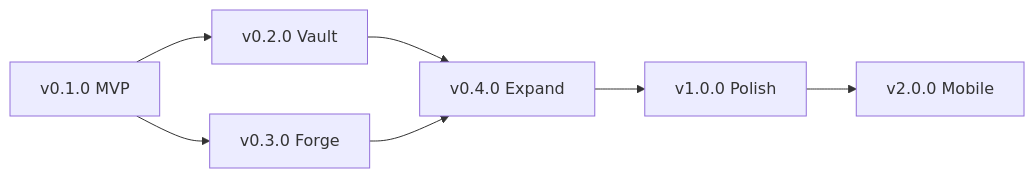
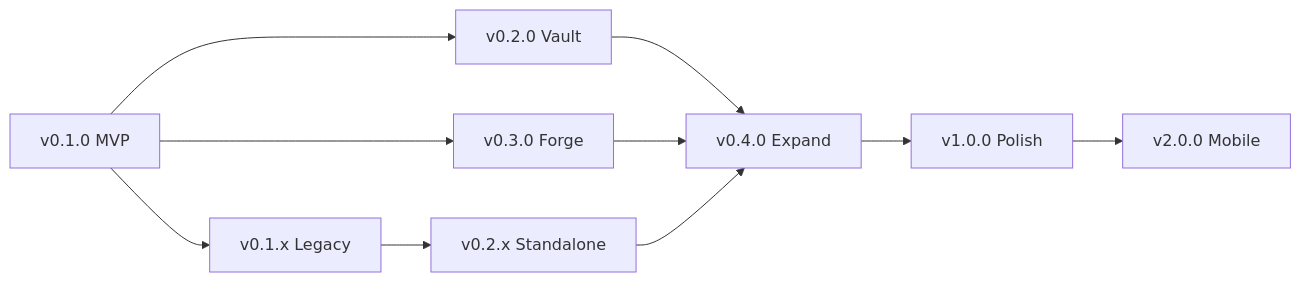
The second of 2 diagrams in docs/ROADMAP.md (marcelofrau/arcana), drawn with Mermaid before and after one commit. The commit also changed other lines of this file and 55 other files, not shown here.

````diff
--- a/docs/ROADMAP.md
+++ b/docs/ROADMAP.md
@@ -86,9 +118,12 @@
 ```mermaid
 flowchart LR
-    A[v0.1.0 MVP] --> B[v0.2.0 Vault]
-    A --> C[v0.3.0 Forge]
-    B --> D[v0.4.0 Expand]
-    C --> D
-    D --> E[v1.0.0 Polish]
-    E --> F[v2.0.0 Mobile]
+    A[v0.1.0 MVP] --> B[v0.1.x Legacy]
+    A --> C[v0.2.0 Vault]
+    B --> D[v0.2.x Standalone]
+    A --> E[v0.3.0 Forge]
+    C --> F[v0.4.0 Expand]
+    E --> F
+    D --> F
+    F --> G[v1.0.0 Polish]
+    G --> H[v2.0.0 Mobile]
 ```
````
